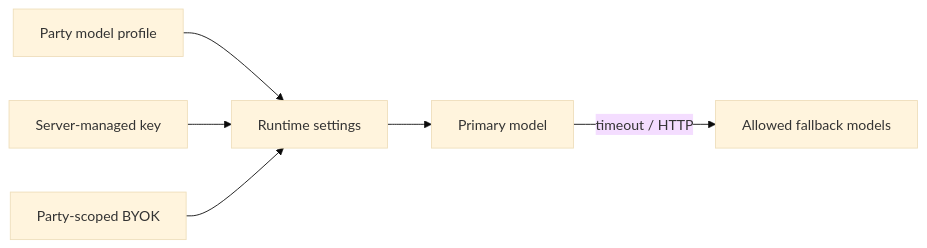
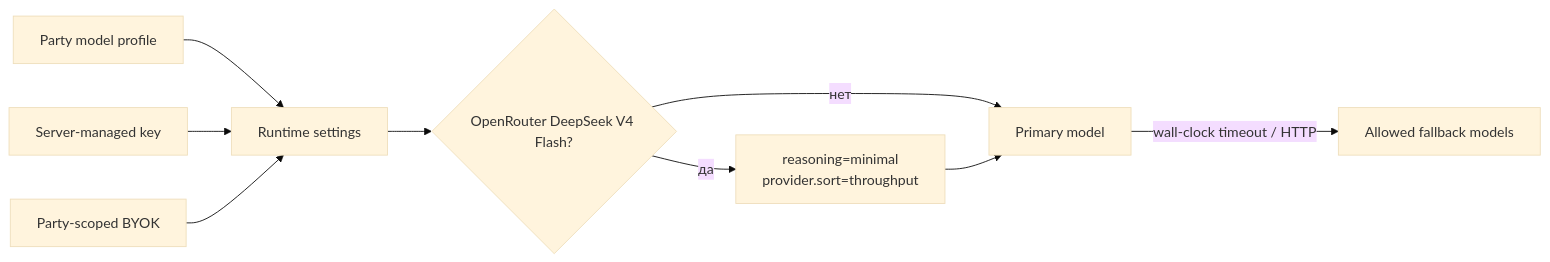
Before and after one commit to abykovwww-byte/ubuntu_ansible_palybooks: the diagram in docs/wiki/06-models-and-providers.md, drawn with Mermaid (base theme). The commit also changed other lines of this file and 5 other files, not shown here.

Commit message:
fix(rp-gateway): bound DeepSeek Flash latency

````diff
--- a/docs/wiki/06-models-and-providers.md
+++ b/docs/wiki/06-models-and-providers.md
@@ -32,8 +32,11 @@
 ```mermaid
 flowchart LR
     P["Party model profile"] --> R["Runtime settings"]
     K1["Server-managed key"] --> R
     K2["Party-scoped BYOK"] --> R
-    R --> A["Primary model"]
-    A -->|"timeout / HTTP"| F["Allowed fallback models"]
+    R --> D{"OpenRouter DeepSeek V4 Flash?"}
+    D -->|"да"| O["reasoning=minimal<br/>provider.sort=throughput"]
+    D -->|"нет"| A["Primary model"]
+    O --> A
+    A -->|"wall-clock timeout / HTTP"| F["Allowed fallback models"]
 ```
````
